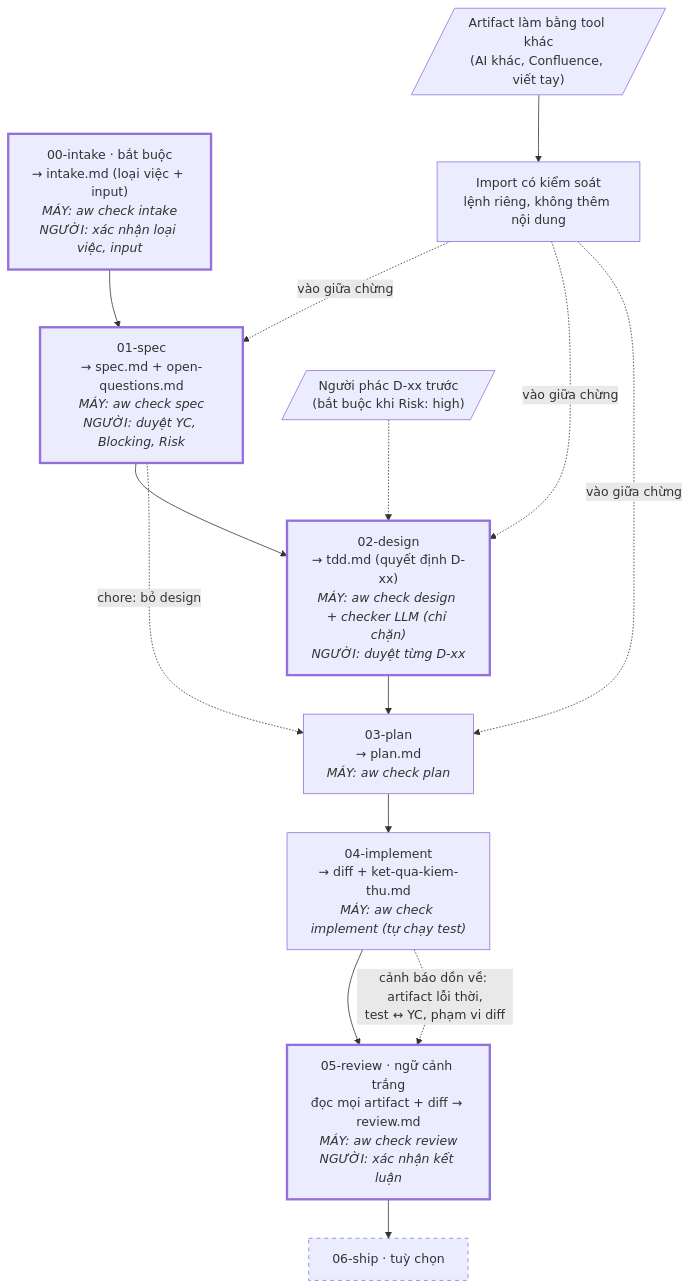
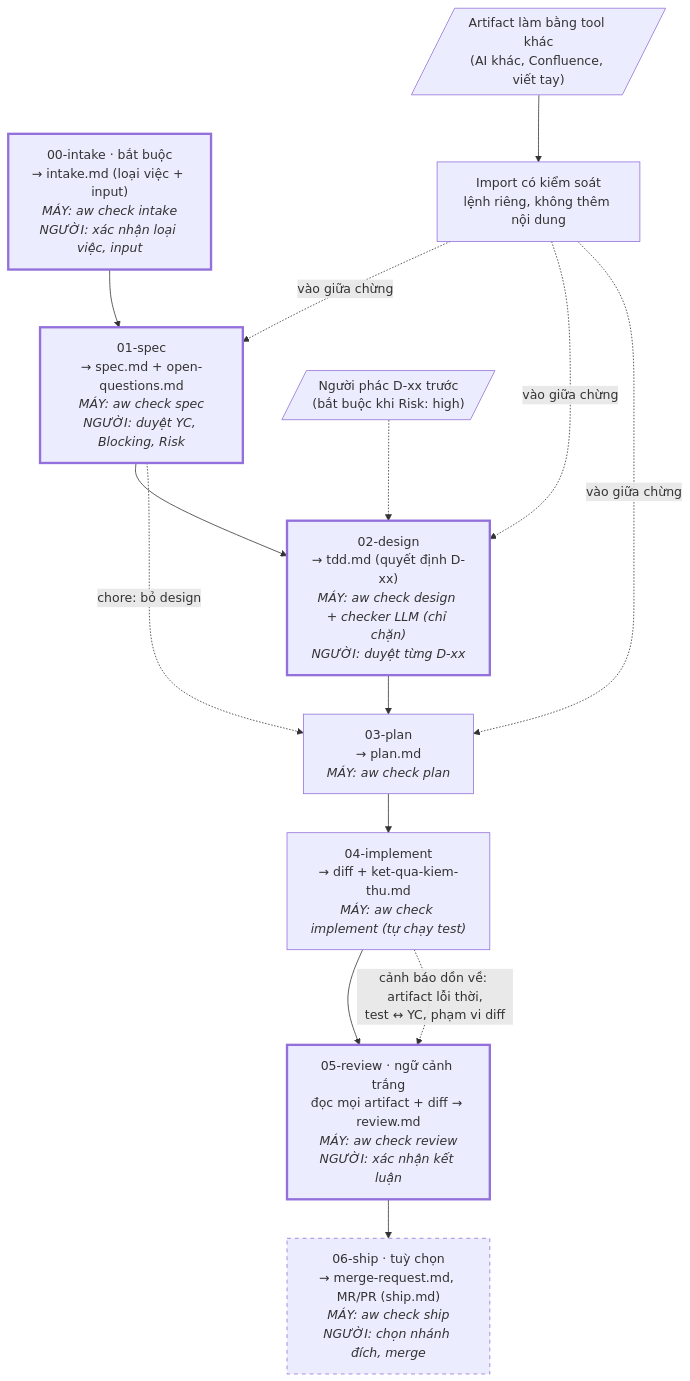
One commit to dangminhphuc/agent-workflow changed the diagram in README.md. Above: the diagram before and after it, drawn with Mermaid. The commit also changed other lines of this file and 17 other files, not shown here.

First line of the commit message:
Phase 06-ship: gửi MR/PR, theo dõi, dọn worktree khi đã merge

````diff
--- a/README.md
+++ b/README.md
@@ -48,31 +48,31 @@
 ```mermaid
 flowchart TD
     INTAKE["00-intake · bắt buộc<br/>→ intake.md (loại việc + input)<br/><i>MÁY: aw check intake</i><br/><i>NGƯỜI: xác nhận loại việc, input</i>"]
     SPEC["01-spec<br/>→ spec.md + open-questions.md<br/><i>MÁY: aw check spec</i><br/><i>NGƯỜI: duyệt YC, Blocking, Risk</i>"]
     PHAC[/"Người phác D-xx trước<br/>(bắt buộc khi Risk: high)"/]
     DESIGN["02-design<br/>→ tdd.md (quyết định D-xx)<br/><i>MÁY: aw check design + checker LLM (chỉ chặn)</i><br/><i>NGƯỜI: duyệt từng D-xx</i>"]
     PLAN["03-plan<br/>→ plan.md<br/><i>MÁY: aw check plan</i>"]
     IMPL["04-implement<br/>→ diff + ket-qua-kiem-thu.md<br/><i>MÁY: aw check implement (tự chạy test)</i>"]
     REVIEW["05-review · ngữ cảnh trắng<br/>đọc mọi artifact + diff → review.md<br/><i>MÁY: aw check review</i><br/><i>NGƯỜI: xác nhận kết luận</i>"]
-    SHIP["06-ship · tuỳ chọn"]
+    SHIP["06-ship · tuỳ chọn<br/>→ merge-request.md, MR/PR (ship.md)<br/><i>MÁY: aw check ship</i><br/><i>NGƯỜI: chọn nhánh đích, merge</i>"]
 
     NGOAI[/"Artifact làm bằng tool khác<br/>(AI khác, Confluence, viết tay)"/]
     IMPORT["Import có kiểm soát<br/>lệnh riêng, không thêm nội dung"]
 
     INTAKE --> SPEC --> DESIGN
     PHAC -.-> DESIGN
     DESIGN --> PLAN --> IMPL --> REVIEW --> SHIP
     SPEC -. "chore: bỏ design" .-> PLAN
 
     IMPL -. "cảnh báo dồn về: artifact lỗi thời,<br/>test ↔ YC, phạm vi diff" .-> REVIEW
 
     NGOAI --> IMPORT
     IMPORT -. "vào giữa chừng" .-> SPEC
     IMPORT -. "vào giữa chừng" .-> DESIGN
     IMPORT -. "vào giữa chừng" .-> PLAN
 
     classDef nguoi stroke-width:3px
     classDef tuychon stroke-dasharray:5 5
     class INTAKE,SPEC,DESIGN,REVIEW nguoi
     class SHIP tuychon
 ```
````
